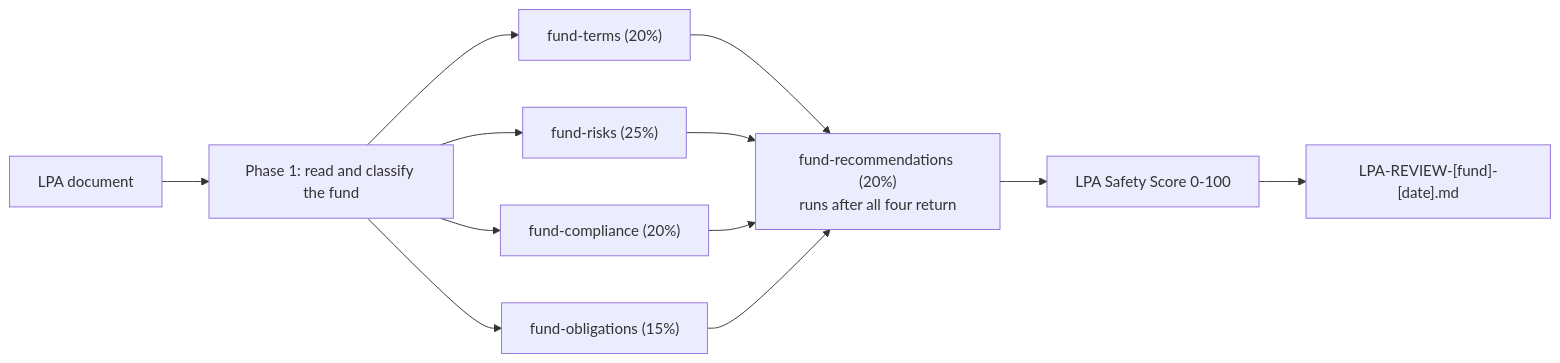
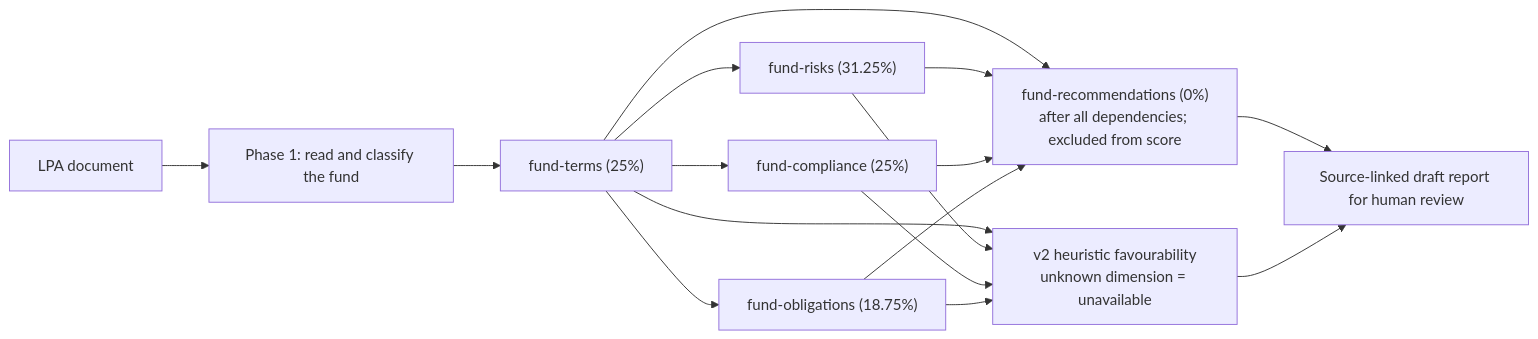
The second of 4 diagrams in README.md (davendra/fundadmin-ai-skills), drawn with Mermaid before and after one commit. The commit also changed other lines of this file and 214 other files, not shown here.

````diff
--- a/README.md
+++ b/README.md
@@ -126,14 +140,18 @@
 ```mermaid
 flowchart LR
     DOC["LPA document"] --> P1["Phase 1: read and classify the fund"]
-    P1 --> T["fund-terms (20%)"]
-    P1 --> R["fund-risks (25%)"]
-    P1 --> C["fund-compliance (20%)"]
-    P1 --> O["fund-obligations (15%)"]
-    T --> REC["fund-recommendations (20%)<br/>runs after all four return"]
+    P1 --> T["fund-terms (25%)"]
+    T --> R["fund-risks (31.25%)"]
+    T --> C["fund-compliance (25%)"]
+    T --> O["fund-obligations (18.75%)"]
+    T --> REC["fund-recommendations (0%)<br/>after all dependencies; excluded from score"]
     R --> REC
     C --> REC
     O --> REC
-    REC --> S["LPA Safety Score 0-100"]
-    S --> OUT["LPA-REVIEW-[fund]-[date].md"]
+    REC --> OUT["Source-linked draft report for human review"]
+    T --> S["v2 heuristic favourability<br/>unknown dimension = unavailable"]
+    R --> S
+    C --> S
+    O --> S
+    S --> OUT
 ```
````
